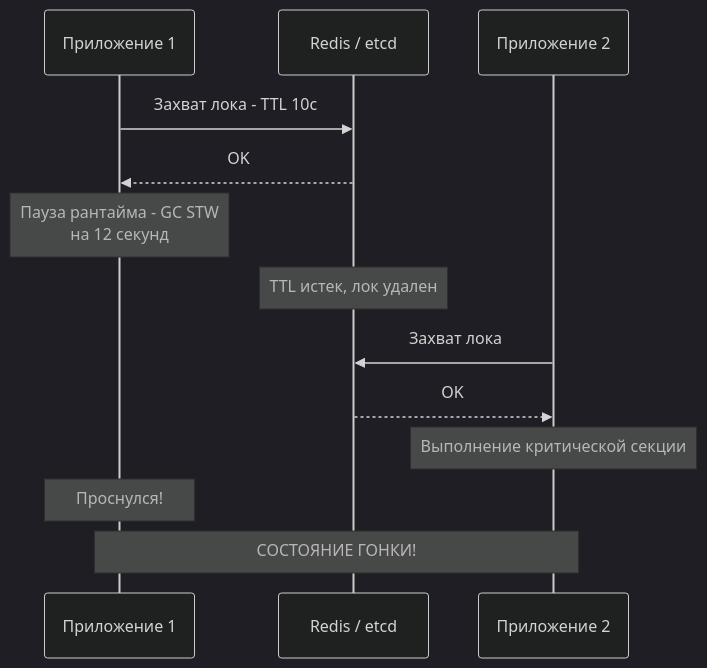
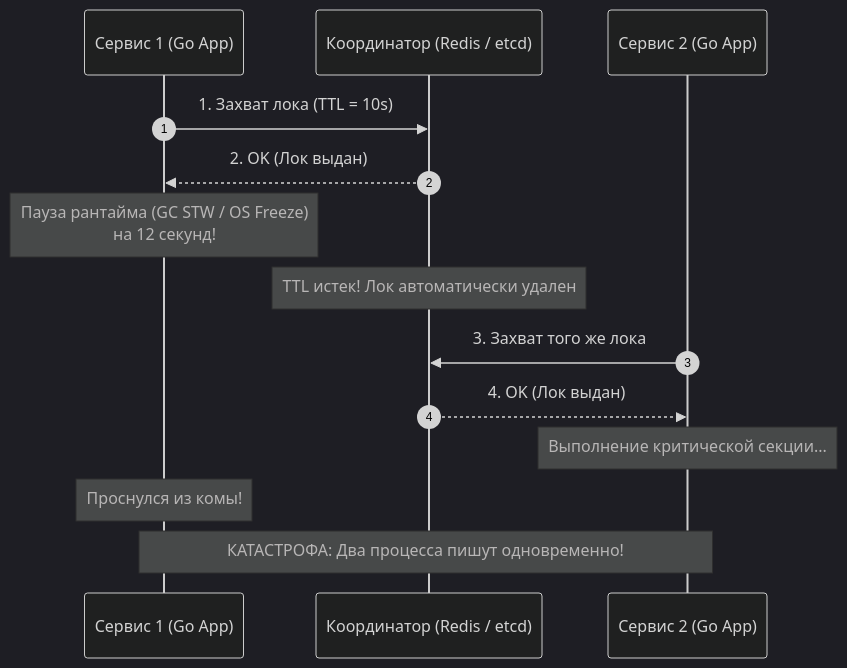
One commit to UnrealTemplier/go-textbook changed the first of 2 diagrams in sources/12. Базы данных/08. Распределенные базы данных/11. Distributed locks.md. Above: the diagram before and after it, drawn with Mermaid (dark theme). The commit also changed other lines of this file, not shown here.

````diff
--- a/sources/12. Базы данных/08. Распределенные базы данных/11. Distributed locks.md
+++ b/sources/12. Базы данных/08. Распределенные базы данных/11. Distributed locks.md
@@ -20,16 +30,17 @@
 ```mermaid
 sequenceDiagram
-    participant G as Приложение 1
-    participant R as Redis / etcd
-    participant G2 as Приложение 2
+    autonumber
+    participant G as Сервис 1 (Go App)
+    participant R as Координатор (Redis / etcd)
+    participant G2 as Сервис 2 (Go App)
 
-    G->>R: Захват лока - TTL 10с
-    R-->>G: OK
-    Note over G: Пауза рантайма - GC STW<br>на 12 секунд
-    Note over R: TTL истек, лок удален
-    G2->>R: Захват лока
-    R-->>G2: OK
-    Note over G2: Выполнение критической секции
-    Note over G: Проснулся!
-    Note over G, G2: СОСТОЯНИЕ ГОНКИ!
+    G->>R: 1. Захват лока (TTL = 10s)
+    R-->>G: 2. OK (Лок выдан)
+    Note over G: Пауза рантайма (GC STW / OS Freeze)<br>на 12 секунд!
+    Note over R: TTL истек! Лок автоматически удален
+    G2->>R: 3. Захват того же лока
+    R-->>G2: 4. OK (Лок выдан)
+    Note over G2: Выполнение критической секции...
+    Note over G: Проснулся из комы!
+    Note over G, G2: КАТАСТРОФА: Два процесса пишут одновременно!
 ```
````
